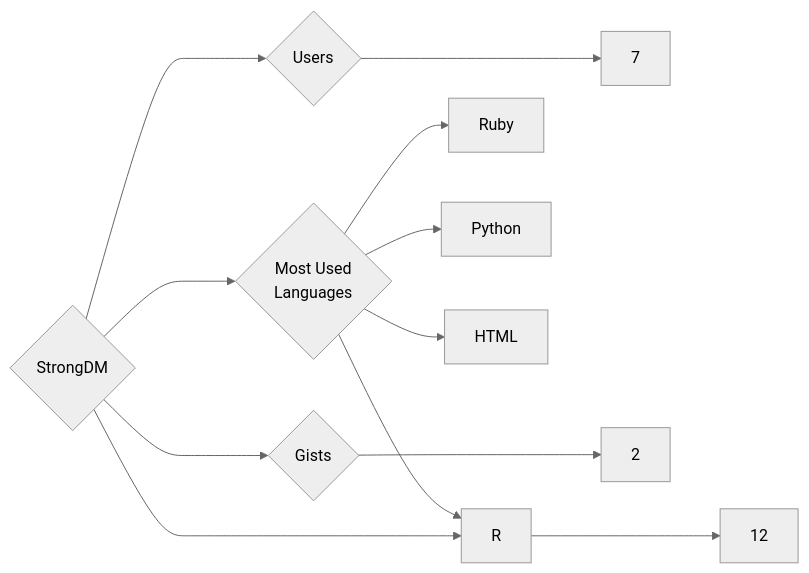
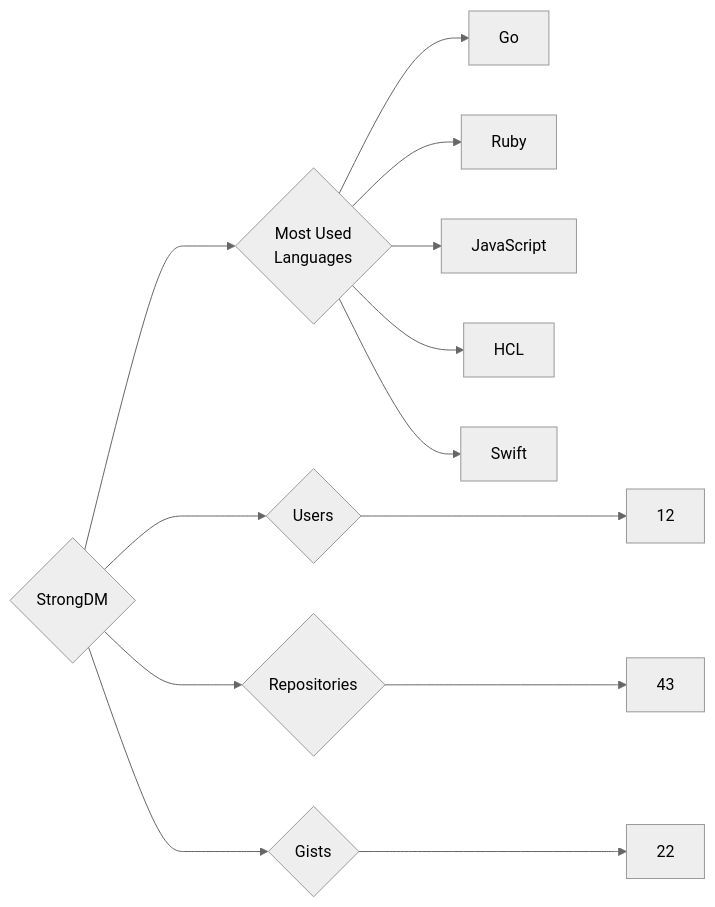
Before and after one commit to trickest/insiders: the diagram in targets/StrongDM/README.md, drawn with Mermaid (neutral theme). The commit also changed 1508 other files, not shown here.

````diff
--- a/targets/StrongDM/README.md
+++ b/targets/StrongDM/README.md
@@ -3,12 +3,13 @@
 ```mermaid
 graph LR
 COMPANY_NAME{StrongDM}
-COMPANY_NAME ---> U{Users} ---> UN[7]
-COMPANY_NAME ---> R{Repositories} ---> RN[12]
-COMPANY_NAME ---> G{Gists} ---> GN[2]
+COMPANY_NAME ---> U{Users} ---> UN[12]
+COMPANY_NAME ---> R{Repositories} ---> RN[43]
+COMPANY_NAME ---> G{Gists} ---> GN[22]
 COMPANY_NAME ---> ML{Most Used<br>Languages}
+ML --> Go[Go]
 ML --> Ruby[Ruby]
-ML --> R[R]
-ML --> Python[Python]
-ML --> HTML[HTML]
+ML --> JavaScript[JavaScript]
+ML --> HCL[HCL]
+ML --> Swift[Swift]
 ```
````
